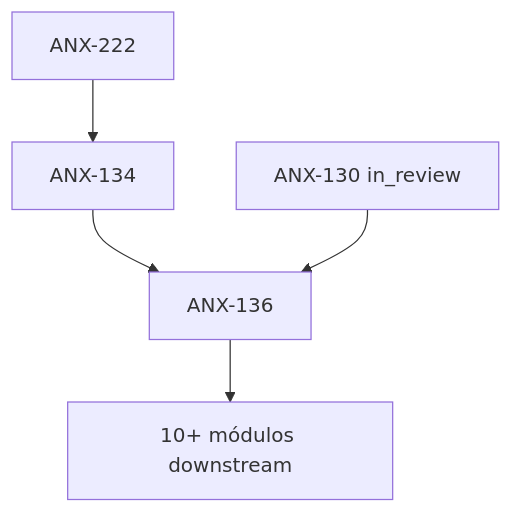
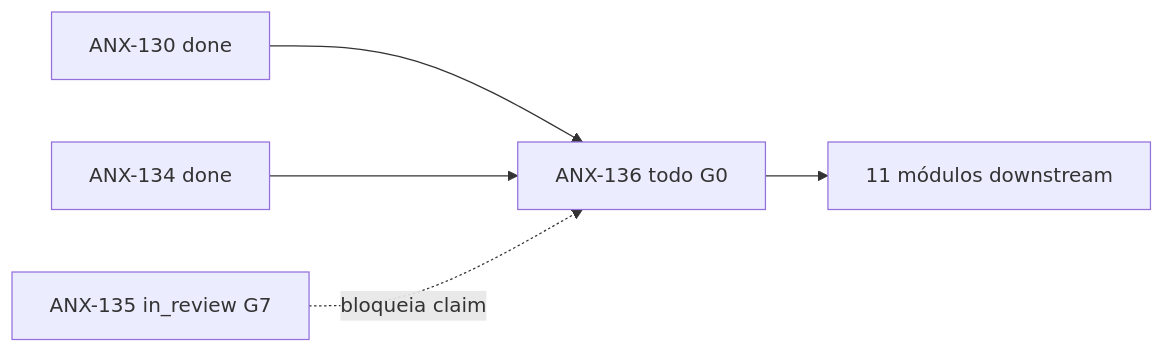
Before and after one commit to jcafeitosa/anxionOS: the first of 2 diagrams in .cursor/orchestration/examples/project-anxionos/delegation-queue/ANX-136.md, drawn with Mermaid. The commit also changed other lines of this file and 1157 other files, not shown here.

````diff
--- a/.cursor/orchestration/examples/project-anxionos/delegation-queue/ANX-136.md
+++ b/.cursor/orchestration/examples/project-anxionos/delegation-queue/ANX-136.md
@@ -30,7 +33,7 @@
 ```mermaid
-flowchart TD
-  ANX222["ANX-222"] --> ANX134["ANX-134"]
-  ANX134 --> ANX136["ANX-136"]
-  ANX130["ANX-130 in_review"] --> ANX136
-  ANX136 --> P03["10+ módulos downstream"]
+flowchart LR
+  ANX130["ANX-130 done"] --> ANX136["ANX-136 todo G0"]
+  ANX134["ANX-134 done"] --> ANX136
+  ANX135["ANX-135 in_review G7"] -.->|bloqueia claim| ANX136
+  ANX136 --> P03["11 módulos downstream"]
 ```
````
